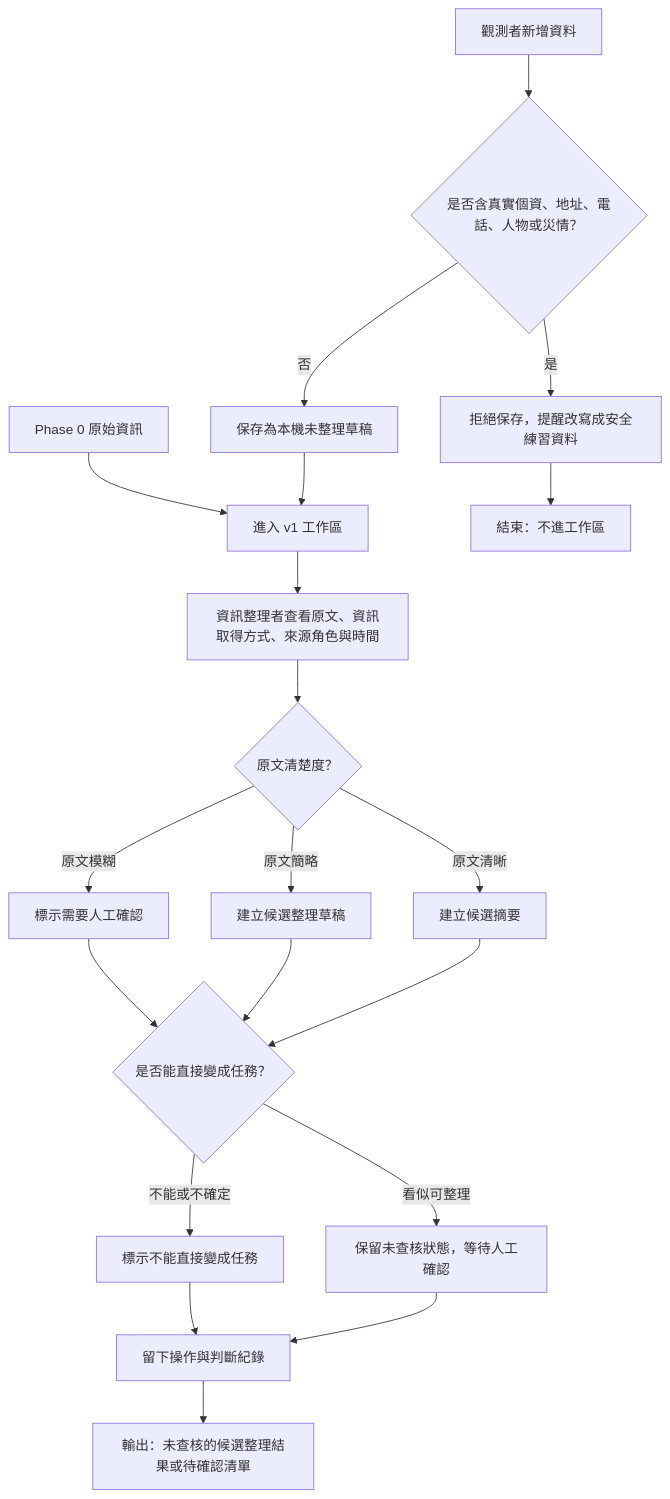
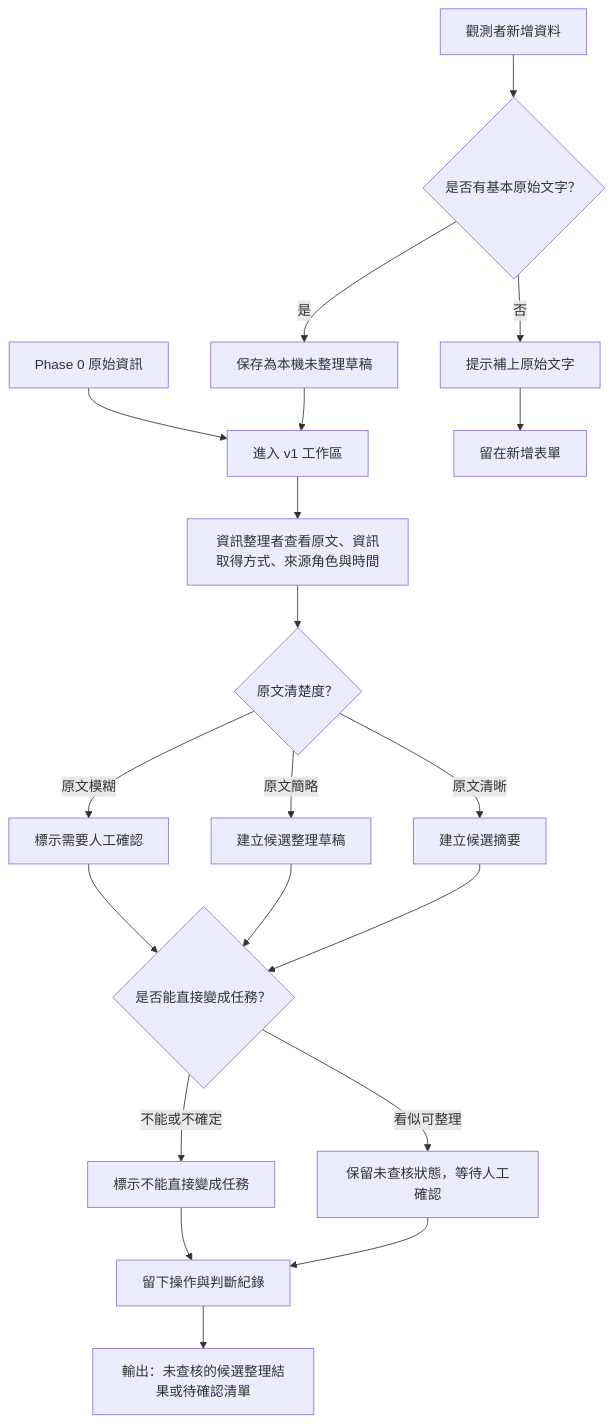
Before and after one commit to SITCON-Camp-2026/t2-m3-se-disaster: the diagram in docs/flow.md, drawn with Mermaid. The commit also changed other lines of this file and 11 other files, not shown here.

````diff
--- a/docs/flow.md
+++ b/docs/flow.md
@@ -41,22 +40,22 @@
 ```mermaid
 flowchart TD
   A["Phase 0 原始資訊"] --> C["進入 v1 工作區"]
-  B["觀測者新增資料"] --> B1{"是否含真實個資、地址、電話、人物或災情？"}
-  B1 -->|是| B2["拒絕保存，提醒改寫成安全練習資料"]
-  B1 -->|否| B3["保存為本機未整理草稿"]
+  B["觀測者新增資料"] --> B1{"是否有基本原始文字？"}
+  B1 -->|否| B2["提示補上原始文字"]
+  B1 -->|是| B3["保存為本機未整理草稿"]
   B3 --> C
   C --> D["資訊整理者查看原文、資訊取得方式、來源角色與時間"]
   D --> E{"原文清楚度？"}
   E -->|原文模糊| F["標示需要人工確認"]
   E -->|原文簡略| G["建立候選整理草稿"]
   E -->|原文清晰| H["建立候選摘要"]
   F --> I{"是否能直接變成任務？"}
   G --> I
   H --> I
   I -->|不能或不確定| J["標示不能直接變成任務"]
   I -->|看似可整理| K["保留未查核狀態，等待人工確認"]
   J --> L["留下操作與判斷紀錄"]
   K --> L
-  B2 --> M["結束：不進工作區"]
+  B2 --> M["留在新增表單"]
   L --> N["輸出：未查核的候選整理結果或待確認清單"]
 ```
````
